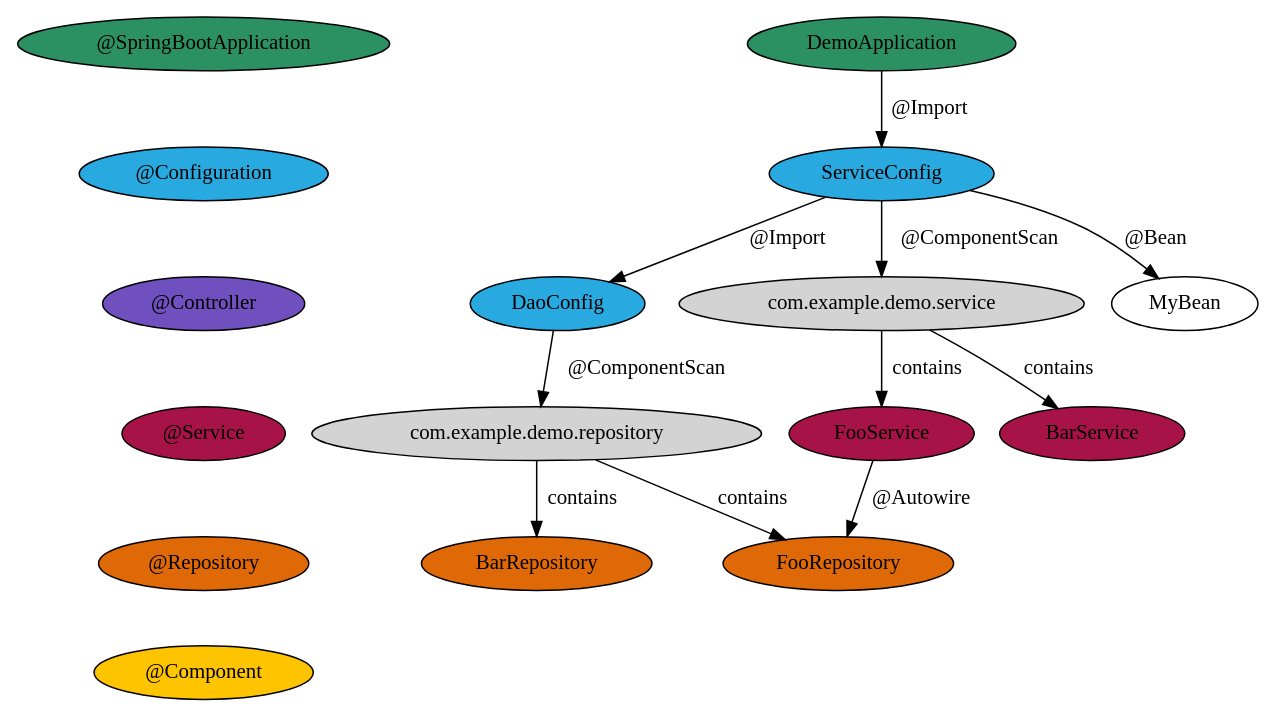
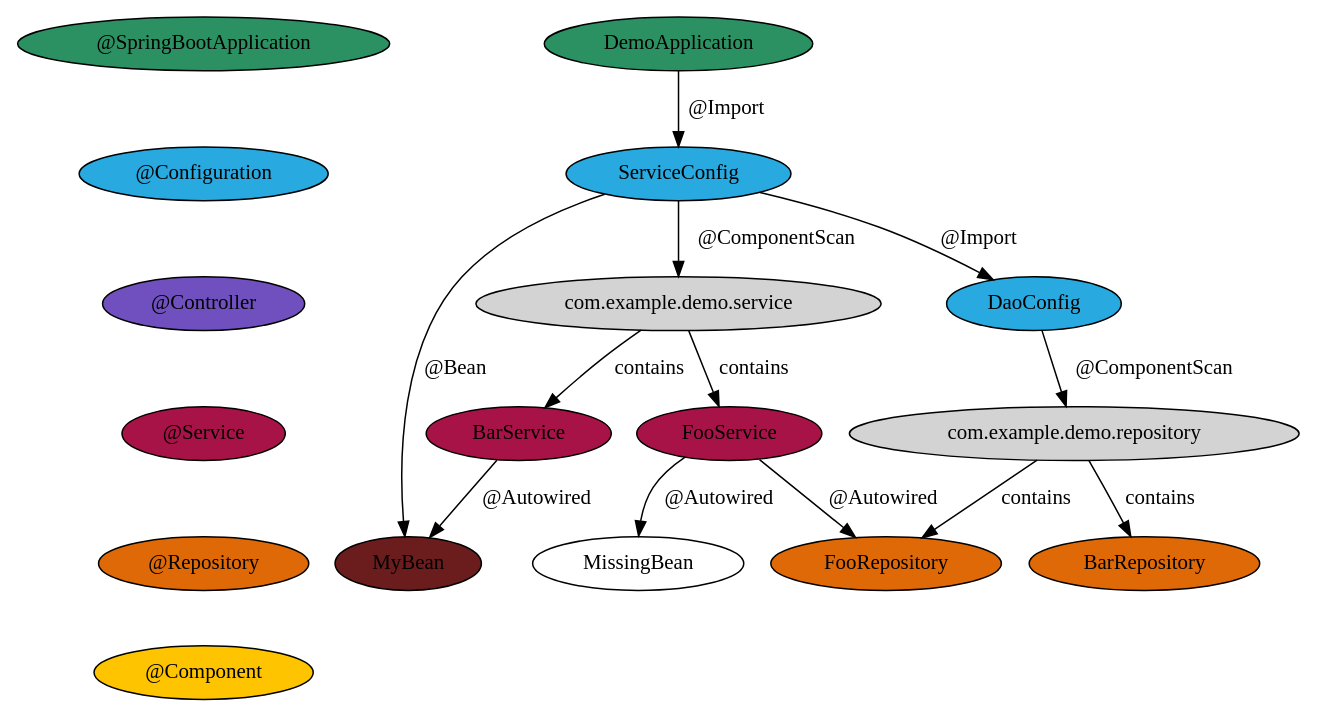
One commit to rudsvar/spring-visualizer changed the diagram in example.dot. Above: the diagram before and after it, drawn with Graphviz. The commit also changed 6 other files, not shown here.

```diff
--- a/example.dot
+++ b/example.dot
@@ -1,36 +1,39 @@
 digraph Components {
     # Legend
     "@SpringBootApplication" [fillcolor="#2c9162",style=filled];
     "@Configuration" [fillcolor="#28a9e0",style=filled];
     "@Controller" [fillcolor="#7050bf",style=filled];
     "@Service" [fillcolor="#a81347",style=filled];
     "@Repository" [fillcolor="#e06907",style=filled];
     "@Component" [fillcolor="#ffc400",style=filled];
 
     # Align legend
     "@SpringBootApplication" -> "@Configuration" [style=invis];
     "@Configuration" -> "@Controller" [style=invis];
     "@Controller" -> "@Service" [style=invis];
     "@Service" -> "@Repository" [style=invis];
     "@Repository" -> "@Component" [style=invis];
 
     DemoApplication [fillcolor="#2c9162"style=filled];
     DemoApplication -> ServiceConfig [label="@Import"];
     BarService [fillcolor="#a81347"style=filled];
+    BarService -> MyBean [label="@Autowired"];
     FooService [fillcolor="#a81347"style=filled];
-    FooService -> FooRepository [label="@Autowire"];
+    FooService -> MissingBean [label="@Autowired"];
+    FooService -> FooRepository [label="@Autowired"];
     ServiceConfig [fillcolor="#28a9e0"style=filled];
     ServiceConfig -> DaoConfig [label="@Import"];
     "com.example.demo.service" [style=filled];
     "ServiceConfig" -> "com.example.demo.service" [label="@ComponentScan"];
     "com.example.demo.service" -> BarService [label=contains];
     "com.example.demo.service" -> FooService [label=contains];
+    MyBean [fillcolor="#6b1d1d",style=filled];
     ServiceConfig -> MyBean [label="@Bean"];
     BarRepository [fillcolor="#e06907"style=filled];
     FooRepository [fillcolor="#e06907"style=filled];
     DaoConfig [fillcolor="#28a9e0"style=filled];
     "com.example.demo.repository" [style=filled];
     "DaoConfig" -> "com.example.demo.repository" [label="@ComponentScan"];
     "com.example.demo.repository" -> BarRepository [label=contains];
     "com.example.demo.repository" -> FooRepository [label=contains];
 }
```
